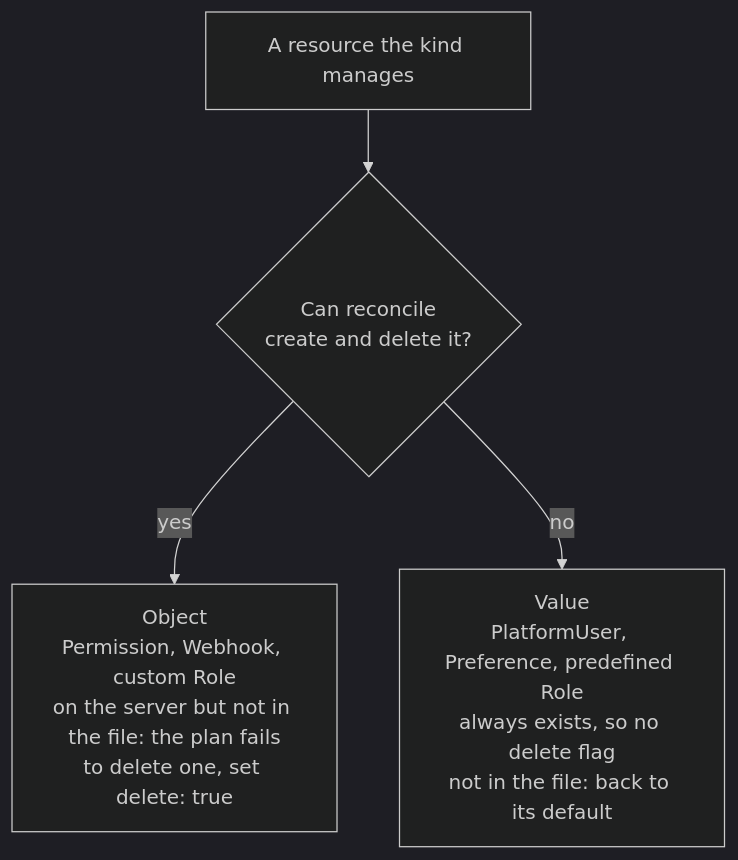
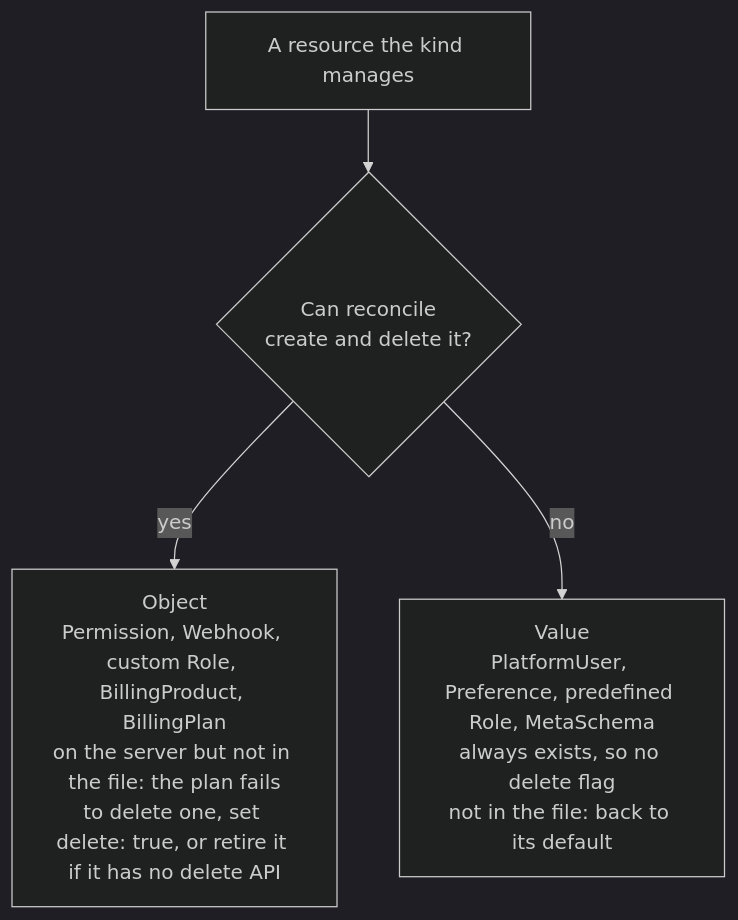
The second of 3 diagrams in docs/rfcs/0001-declarative-reconcile.md (raystack/frontier), drawn with Mermaid (dark theme) before and after one commit. The commit also changed other lines of this file and 6 other files, not shown here.

````diff
--- a/docs/rfcs/0001-declarative-reconcile.md
+++ b/docs/rfcs/0001-declarative-reconcile.md
@@ -41,6 +41,6 @@
 ```mermaid
 flowchart TD
     r["A resource the kind manages"] --> q{"Can reconcile<br/>create and delete it?"}
-    q -->|"yes"| o["Object<br/>Permission, Webhook, custom Role<br/>on the server but not in the file: the plan fails<br/>to delete one, set delete: true"]
-    q -->|"no"| v["Value<br/>PlatformUser, Preference, predefined Role<br/>always exists, so no delete flag<br/>not in the file: back to its default"]
+    q -->|"yes"| o["Object<br/>Permission, Webhook, custom Role, BillingProduct, BillingPlan<br/>on the server but not in the file: the plan fails<br/>to delete one, set delete: true, or retire it if it has no delete API"]
+    q -->|"no"| v["Value<br/>PlatformUser, Preference, predefined Role, MetaSchema<br/>always exists, so no delete flag<br/>not in the file: back to its default"]
 ```
````
